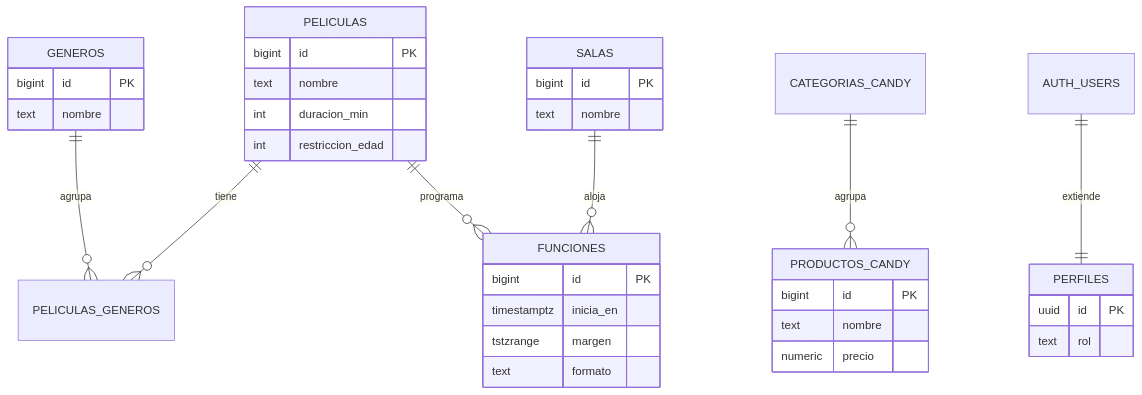
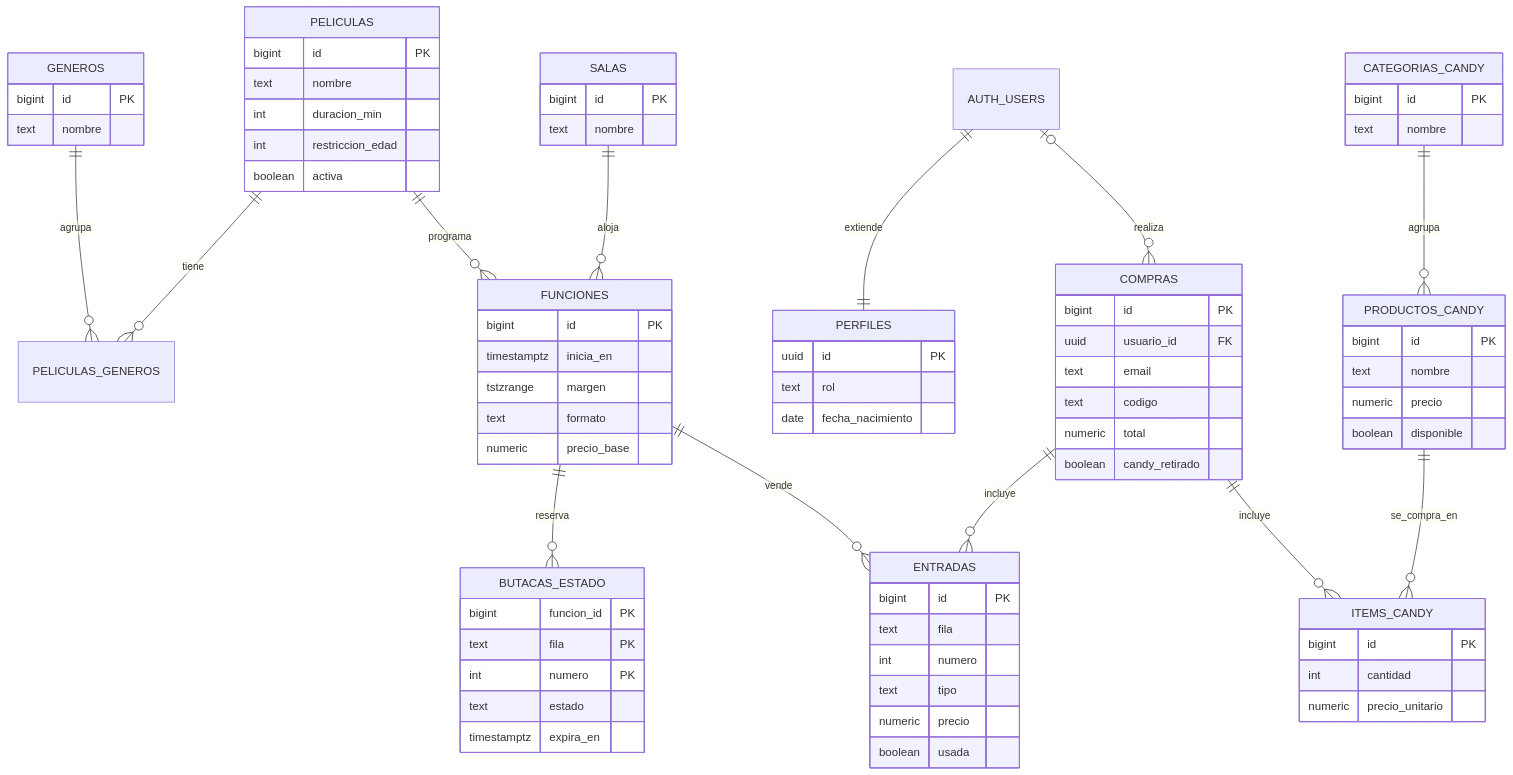
One commit to santiagovallina/Proyecto-cine changed the diagram in README.md. Above: the diagram before and after it, drawn with Mermaid. The commit also changed other lines of this file and 23 other files, not shown here.

````diff
--- a/README.md
+++ b/README.md
@@ -93,39 +111,81 @@
 ```mermaid
 erDiagram
     PELICULAS ||--o{ PELICULAS_GENEROS : tiene
     GENEROS ||--o{ PELICULAS_GENEROS : agrupa
     CATEGORIAS_CANDY ||--o{ PRODUCTOS_CANDY : agrupa
     SALAS ||--o{ FUNCIONES : aloja
     PELICULAS ||--o{ FUNCIONES : programa
     AUTH_USERS ||--|| PERFILES : extiende
+    FUNCIONES ||--o{ BUTACAS_ESTADO : reserva
+    AUTH_USERS |o--o{ COMPRAS : realiza
+    COMPRAS ||--o{ ENTRADAS : incluye
+    FUNCIONES ||--o{ ENTRADAS : vende
+    COMPRAS ||--o{ ITEMS_CANDY : incluye
+    PRODUCTOS_CANDY ||--o{ ITEMS_CANDY : se_compra_en
 
     PELICULAS {
         bigint id PK
         text nombre
         int duracion_min
         int restriccion_edad
+        boolean activa
     }
     GENEROS {
+        bigint id PK
+        text nombre
+    }
+    CATEGORIAS_CANDY {
         bigint id PK
         text nombre
     }
     PRODUCTOS_CANDY {
         bigint id PK
         text nombre
         numeric precio
+        boolean disponible
     }
     PERFILES {
         uuid id PK
         text rol
+        date fecha_nacimiento
     }
     SALAS {
         bigint id PK
         text nombre
     }
     FUNCIONES {
         bigint id PK
         timestamptz inicia_en
         tstzrange margen
         text formato
+        numeric precio_base
+    }
+    BUTACAS_ESTADO {
+        bigint funcion_id PK
+        text fila PK
+        int numero PK
+        text estado
+        timestamptz expira_en
+    }
+    COMPRAS {
+        bigint id PK
+        uuid usuario_id FK
+        text email
+        text codigo
+        numeric total
+        boolean candy_retirado
+    }
+    ENTRADAS {
+        bigint id PK
+        text fila
+        int numero
+        text tipo
+        numeric precio
+        boolean usada
+    }
+    ITEMS_CANDY {
+        bigint id PK
+        int cantidad
+        numeric precio_unitario
     }
 ```
````
